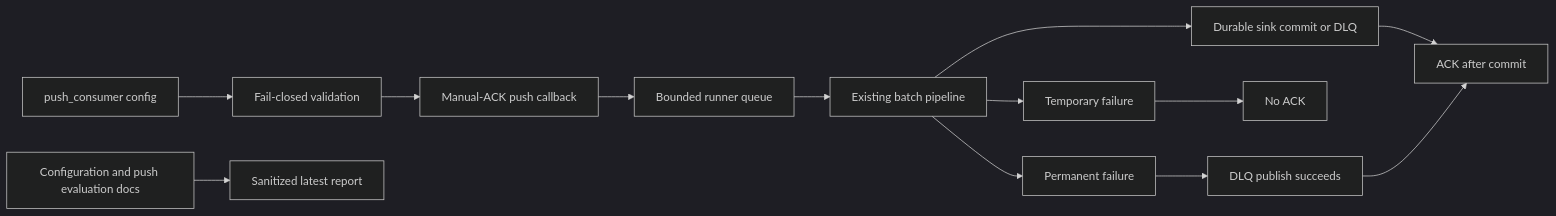
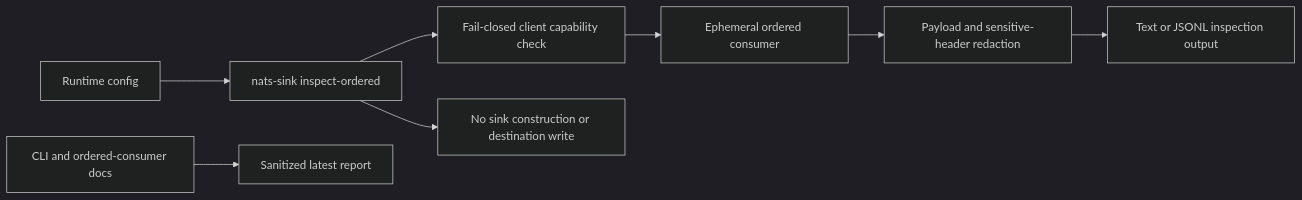
One commit to ProjectCuillin/nats-sinks changed the diagram in docs/test-report.md. Above: the diagram before and after it, drawn with Mermaid (dark theme). The commit also changed other lines of this file and 14 other files, not shown here.

Commit message:
Add ordered inspection CLI

````diff
--- a/docs/test-report.md
+++ b/docs/test-report.md
@@ -34,15 +32,10 @@
 ```mermaid
 flowchart LR
-    PushConfig[push_consumer config] --> Guardrails[Fail-closed validation]
-    Guardrails --> Callback[Manual-ACK push callback]
-    Callback --> Queue[Bounded runner queue]
-    Queue --> Pipeline[Existing batch pipeline]
-    Pipeline --> Sink[Durable sink commit or DLQ]
-    Sink --> Ack[ACK after commit]
-    Pipeline --> TempFailure[Temporary failure]
-    TempFailure --> NoAck[No ACK]
-    Pipeline --> PermanentFailure[Permanent failure]
-    PermanentFailure --> DLQ[DLQ publish succeeds]
-    DLQ --> Ack
-    Docs[Configuration and push evaluation docs] --> Report[Sanitized latest report]
+    Config[Runtime config] --> Inspect[nats-sink inspect-ordered]
+    Inspect --> Capability[Fail-closed client capability check]
+    Capability --> Ordered[Ephemeral ordered consumer]
+    Ordered --> Redaction[Payload and sensitive-header redaction]
+    Redaction --> Output[Text or JSONL inspection output]
+    Inspect --> NoSink[No sink construction or destination write]
+    Docs[CLI and ordered-consumer docs] --> Report[Sanitized latest report]
 ```
````
